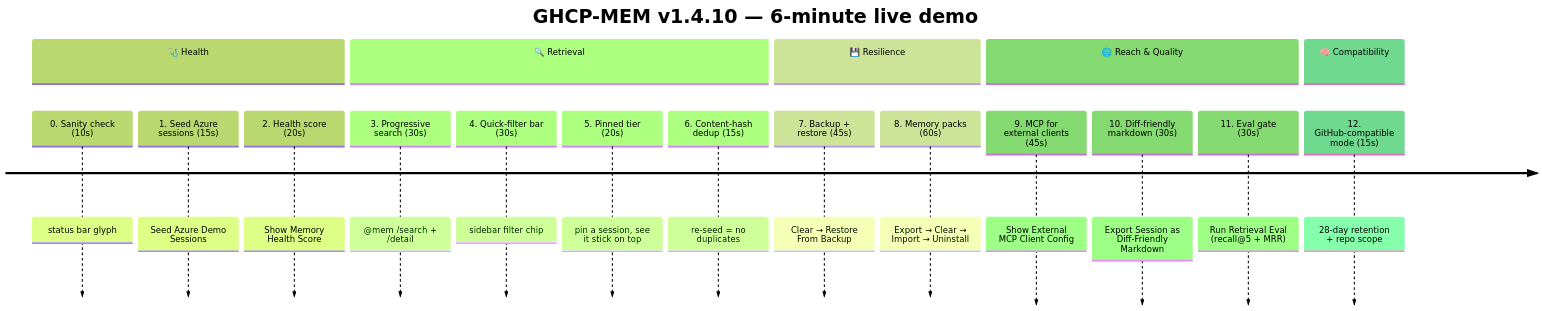
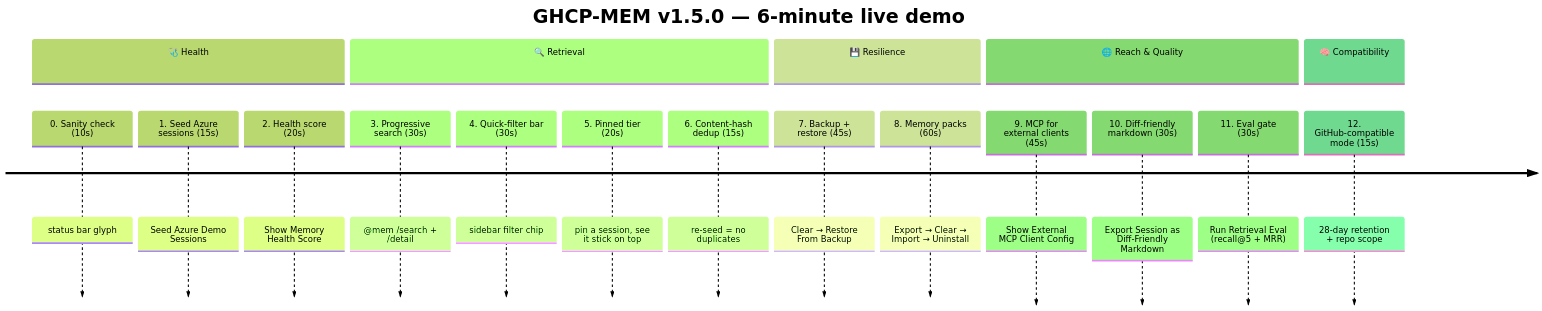
Before and after one commit to ITcredibl/ghcp-mem: the first of 5 diagrams in docs/DEMO.md, drawn with Mermaid (forest theme). The commit also changed other lines of this file and 6 other files, not shown here.

````diff
--- a/docs/DEMO.md
+++ b/docs/DEMO.md
@@ -20,22 +20,22 @@
 ```mermaid
 timeline
-    title GHCP-MEM v1.4.10 — 6-minute live demo
+    title GHCP-MEM v1.5.0 — 6-minute live demo
     section 🩺 Health
         0. Sanity check (10s)              : status bar glyph
         1. Seed Azure sessions (15s)       : Seed Azure Demo Sessions
         2. Health score (20s)              : Show Memory Health Score
     section 🔍 Retrieval
         3. Progressive search (30s)        : @mem /search + /detail
         4. Quick-filter bar (30s)          : sidebar filter chip
         5. Pinned tier (20s)               : pin a session, see it stick on top
         6. Content-hash dedup (15s)        : re-seed = no duplicates
     section 💾 Resilience
         7. Backup + restore (45s)          : Clear → Restore From Backup
         8. Memory packs (60s)              : Export → Clear → Import → Uninstall
     section 🌐 Reach & Quality
         9. MCP for external clients (45s)  : Show External MCP Client Config
         10. Diff-friendly markdown (30s)   : Export Session as Diff-Friendly Markdown
         11. Eval gate (30s)                : Run Retrieval Eval (recall@5 + MRR)
     section 🧠 Compatibility
         12. GitHub-compatible mode (15s)   : 28-day retention + repo scope
 ```
````
